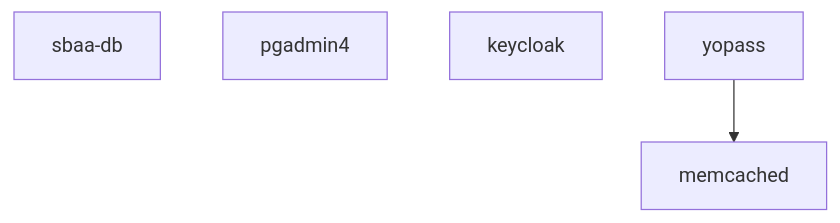
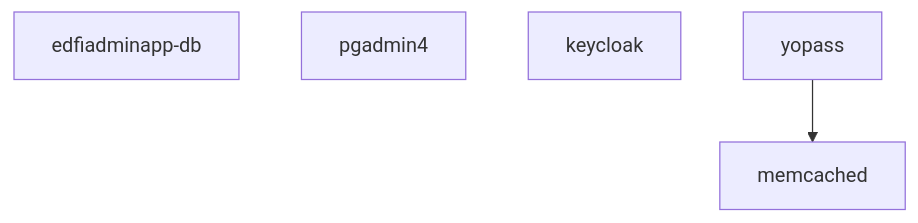
One commit to CSR2017/Ed-Fi-AdminApp changed the first of 3 diagrams in compose/readme.md. Above: the diagram before and after it, drawn with Mermaid. The commit also changed other lines of this file and 17 other files, not shown here.

````diff
--- a/compose/readme.md
+++ b/compose/readme.md
@@ -9,8 +9,8 @@
 ```mermaid
 graph TD
-  sbaa-db
+  edfiadminapp-db
   pgadmin4
   keycloak
   memcached
   yopass --> memcached
 ```
````
